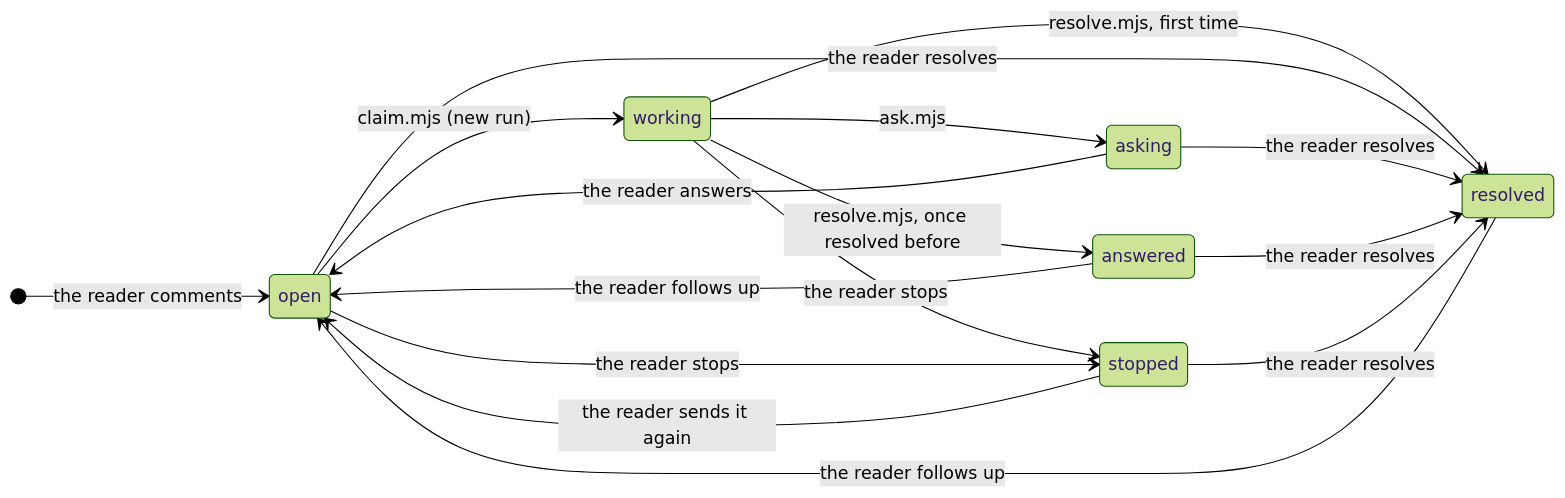
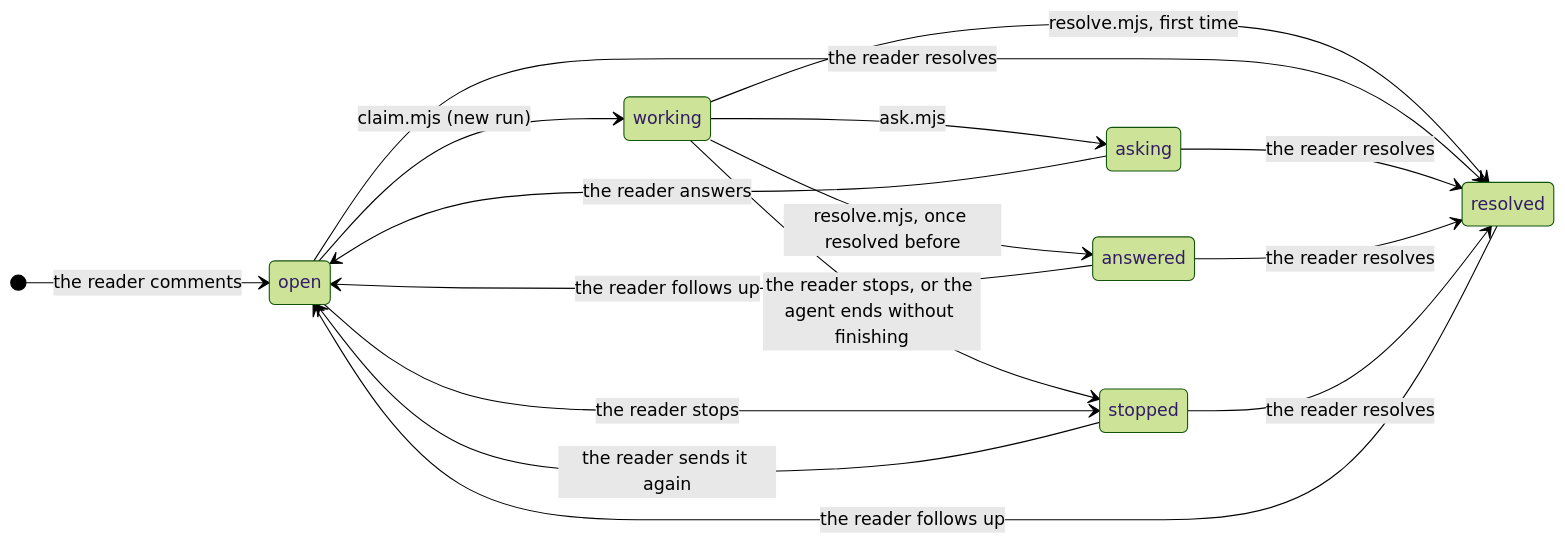
The diagram in docs/comments-file.md (annotant/annotant), drawn with Mermaid (forest theme) before and after one commit. The commit also changed other lines of this file and 12 other files, not shown here.

First line of the commit message:
fix: stop a comment its agent leaves working when its turn ends

````diff
--- a/docs/comments-file.md
+++ b/docs/comments-file.md
@@ -154,19 +154,19 @@
 ```mermaid
 stateDiagram-v2
     direction LR
     [*] --> open: the reader comments
     open --> working: claim.mjs (new run)
     working --> asking: ask.mjs
     working --> resolved: resolve.mjs, first time
     working --> answered: resolve.mjs, once resolved before
-    working --> stopped: the reader stops
+    working --> stopped: the reader stops, or the agent ends without finishing
     open --> stopped: the reader stops
     asking --> open: the reader answers
     answered --> open: the reader follows up
     resolved --> open: the reader follows up
     stopped --> open: the reader sends it again
     open --> resolved: the reader resolves
     asking --> resolved: the reader resolves
     answered --> resolved: the reader resolves
     stopped --> resolved: the reader resolves
 ```
````
